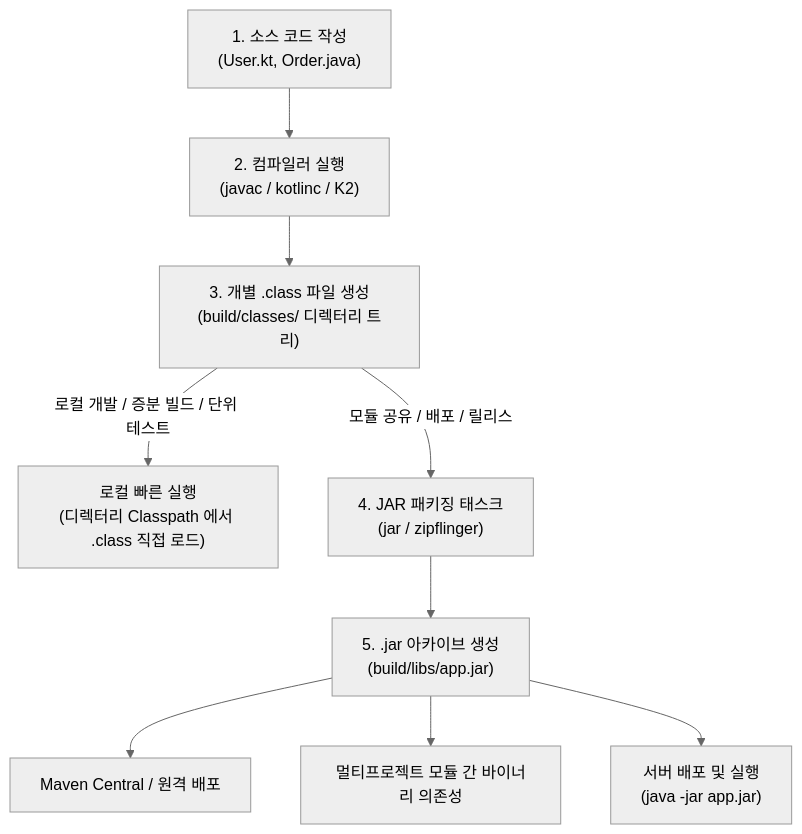
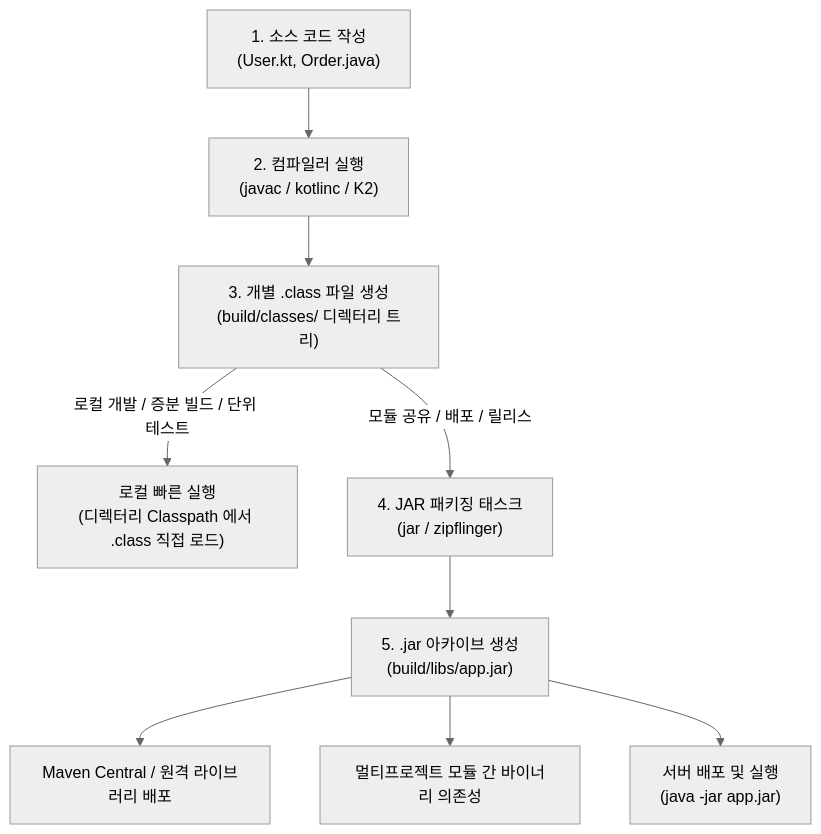
The first of 2 diagrams in 01_inbox/computer-science/jvm-bytecode-and-jar-archive.md (youngmin-gwon/what-i-studied), drawn with Mermaid (neutral theme) before and after one commit. The commit also changed other lines of this file and 2 other files, not shown here.

````diff
--- a/01_inbox/computer-science/jvm-bytecode-and-jar-archive.md
+++ b/01_inbox/computer-science/jvm-bytecode-and-jar-archive.md
@@ -17,16 +17,16 @@
 ```mermaid
 flowchart TD
     Src["1. 소스 코드 작성<br/>(User.kt, Order.java)"] --> Compile["2. 컴파일러 실행<br/>(javac / kotlinc / K2)"]
     
     Compile --> Classes["3. 개별 .class 파일 생성<br/>(build/classes/ 디렉터리 트리)"]
     
     Classes -->|로컬 개발 / 증분 빌드 / 단위 테스트| LocalExec["로컬 빠른 실행<br/>(디렉터리 Classpath 에서 .class 직접 로드)"]
     
     Classes -->|모듈 공유 / 배포 / 릴리스| JarTask["4. JAR 패키징 태스크<br/>(jar / zipflinger)"]
     
     JarTask --> JAR["5. .jar 아카이브 생성<br/>(build/libs/app.jar)"]
     
-    JAR --> Remote["Maven Central / 원격 배포"]
+    JAR --> Remote["Maven Central / 원격 라이브러리 배포"]
     JAR --> InterModule["멀티프로젝트 모듈 간 바이너리 의존성"]
     JAR --> ProdExec["서버 배포 및 실행<br/>(java -jar app.jar)"]
 ```
````
